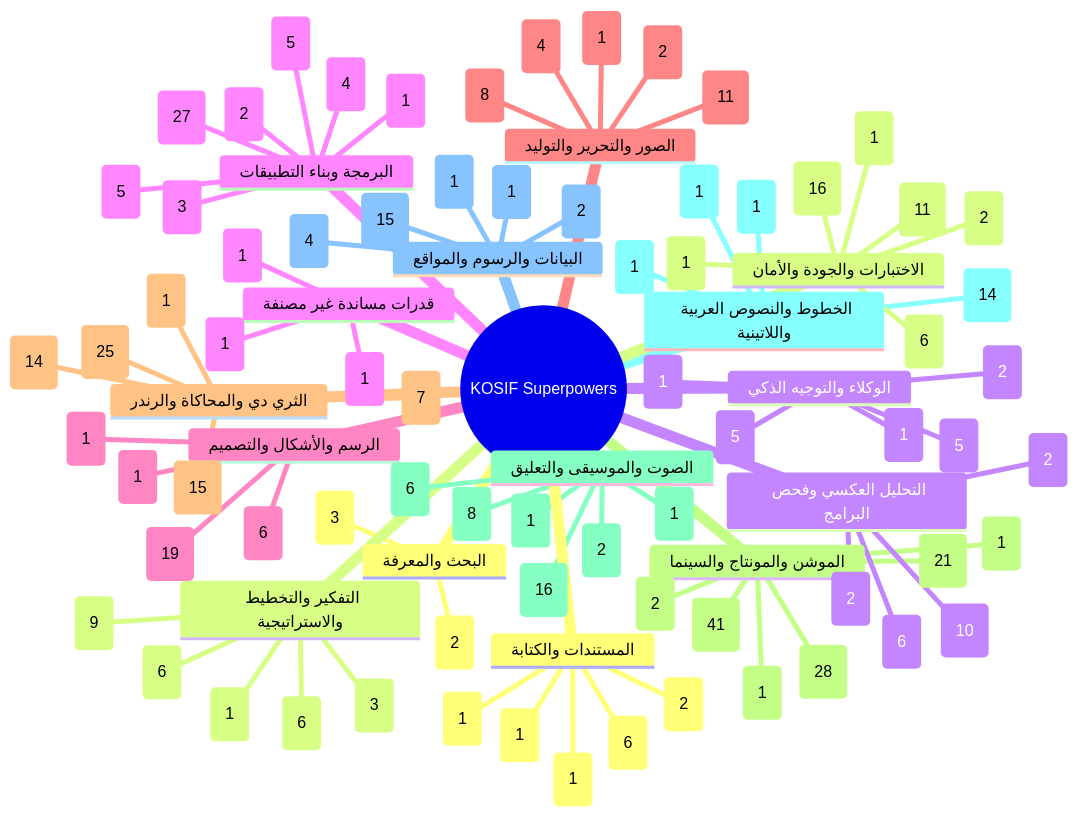
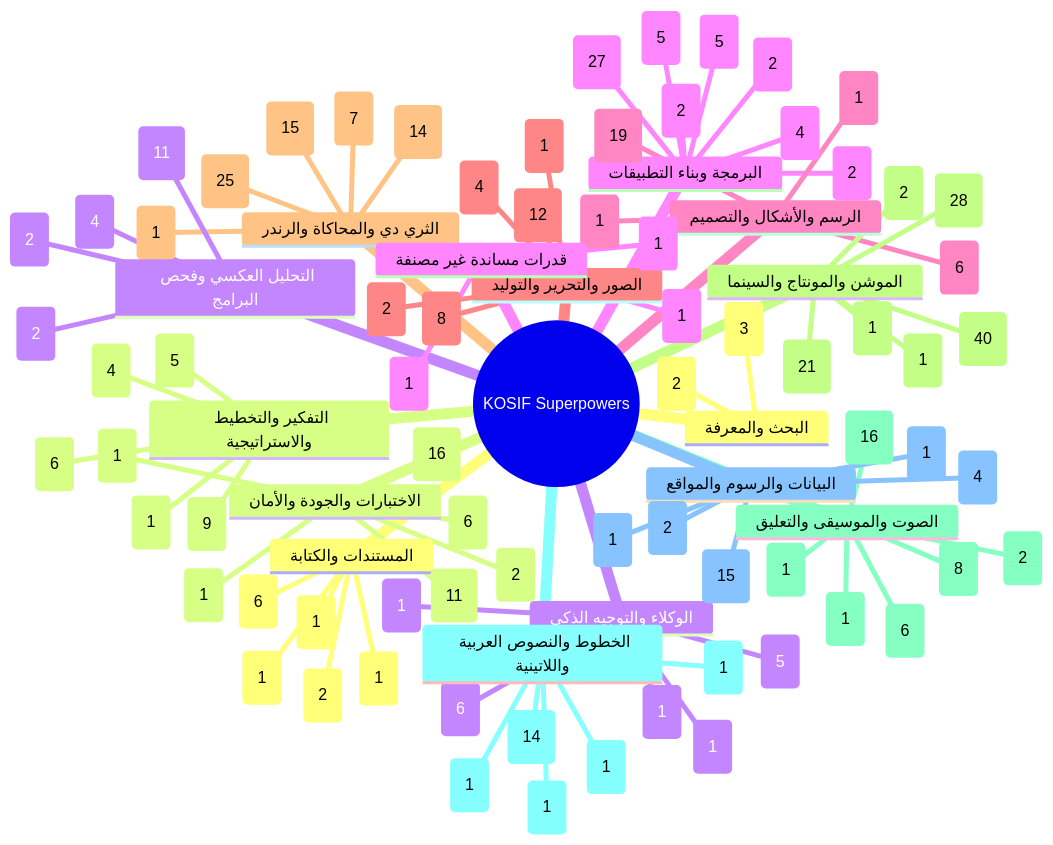
Before and after one commit to kosif199022-jpg/kosif-tool: the first of 13 diagrams in .claude/skills/kosif-superpowers/references/capability-mindmap.md, drawn with Mermaid. The commit also changed other lines of this file and 61 other files, not shown here.

```diff
--- a/.claude/skills/kosif-superpowers/references/capability-mindmap.md
+++ b/.claude/skills/kosif-superpowers/references/capability-mindmap.md
@@ -33,25 +33,25 @@
       افهم المادة (3)
       اصنع (2)
     التفكير والتخطيط والاستراتيجية
-      افهم المادة (3)
+      افهم المادة (4)
       خطّط وقرّر (9)
       اصنع (6)
       جمّع وارندر (1)
-      تحقّق (6)
+      تحقّق (5)
     الوكلاء والتوجيه الذكي
       افهم المادة (5)
       خطّط وقرّر (1)
-      اصنع (5)
+      اصنع (6)
       جمّع وارندر (1)
-      تحقّق (2)
+      تحقّق (1)
     البرمجة وبناء التطبيقات
       افهم المادة (5)
       خطّط وقرّر (5)
       اصنع (27)
       حسّن واصقل (2)
-      جمّع وارندر (3)
+      جمّع وارندر (2)
       تحقّق (4)
-      سلّم وانشر (1)
+      سلّم وانشر (2)
     الرسم والأشكال والتصميم
       افهم المادة (1)
       خطّط وقرّر (1)
@@ -60,7 +60,7 @@
     الصور والتحرير والتوليد
       افهم المادة (4)
       خطّط وقرّر (2)
-      اصنع (11)
+      اصنع (12)
       حسّن واصقل (8)
       جمّع وارندر (1)
     الثري دي والمحاكاة والرندر
@@ -72,7 +72,7 @@
     الموشن والمونتاج والسينما
       افهم المادة (1)
       خطّط وقرّر (21)
-      اصنع (41)
+      اصنع (40)
       حسّن واصقل (28)
       جمّع وارندر (1)
       سلّم وانشر (2)
@@ -84,6 +84,7 @@
       جمّع وارندر (1)
       تحقّق (1)
     الخطوط والنصوص العربية واللاتينية
+      خطّط وقرّر (1)
       اصنع (14)
       حسّن واصقل (1)
       تحقّق (1)
@@ -108,10 +109,10 @@
       جمّع وارندر (1)
       تحقّق (16)
     التحليل العكسي وفحص البرامج
-      افهم المادة (10)
+      افهم المادة (11)
       خطّط وقرّر (2)
       اصنع (2)
-      جمّع وارندر (6)
+      جمّع وارندر (4)
     قدرات مساندة غير مصنفة
       افهم المادة (1)
       خطّط وقرّر (1)
```
